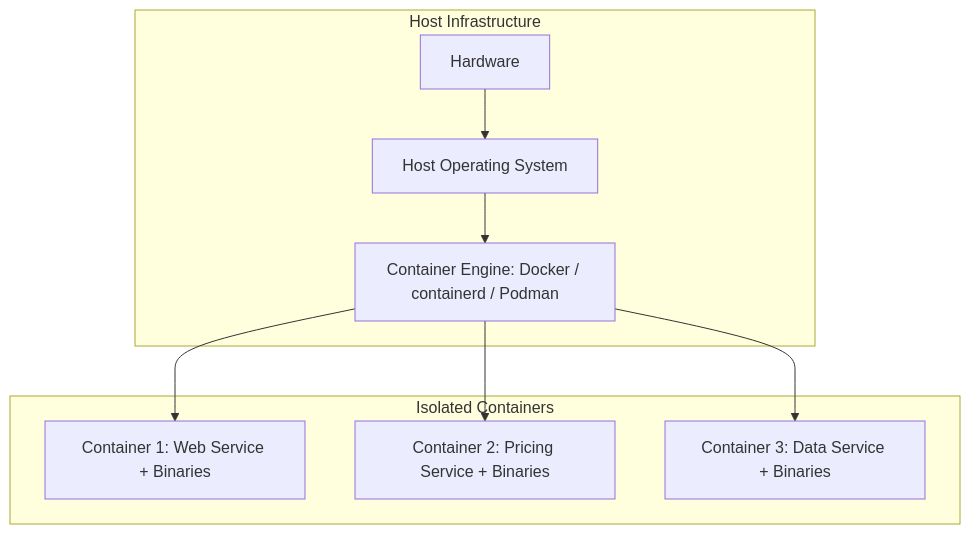
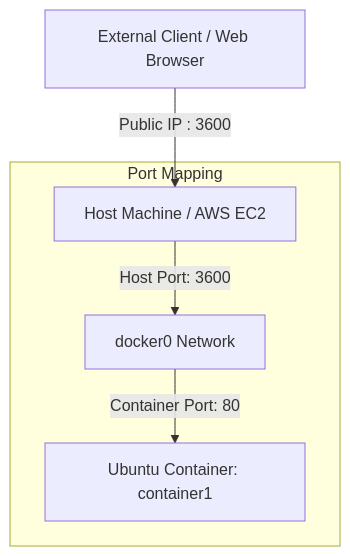
Before and after one commit to meet-korpe/Linux-Scripting: the second of 3 diagrams in script.md, drawn with Mermaid. The commit also changed other lines of this file, not shown here.

````diff
--- a/script.md
+++ b/script.md
@@ -11,20 +53,8 @@
 ```mermaid
 graph TD
-    subgraph Host Infrastructure
-        HW[Hardware]
-        OS[Host Operating System]
-        Engine[Container Engine: Docker / containerd / Podman]
-        HW --> OS
-        OS --> Engine
+    Client[External Client / Web Browser] -->|Public IP : 3600| Host[Host Machine / AWS EC2]
+    subgraph Port Mapping
+        Host -->|Host Port: 3600| Bridge[docker0 Network]
+        Bridge -->|Container Port: 80| Container[Ubuntu Container: container1]
     end
-    
-    subgraph Isolated Containers
-        C1[Container 1: Web Service + Binaries]
-        C2[Container 2: Pricing Service + Binaries]
-        C3[Container 3: Data Service + Binaries]
-    end
-    
-    Engine --> C1
-    Engine --> C2
-    Engine --> C3
 ```
````
